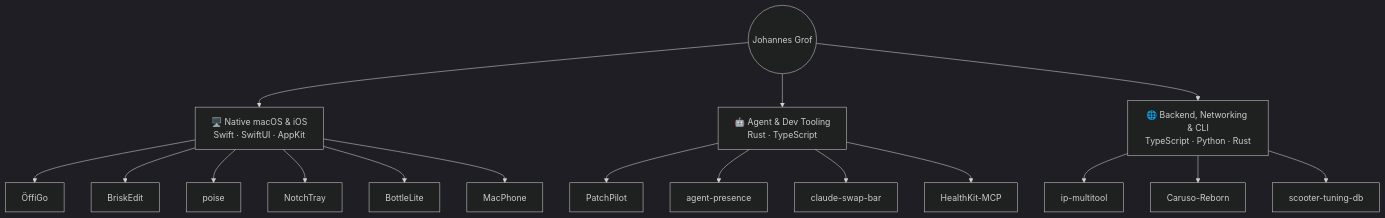
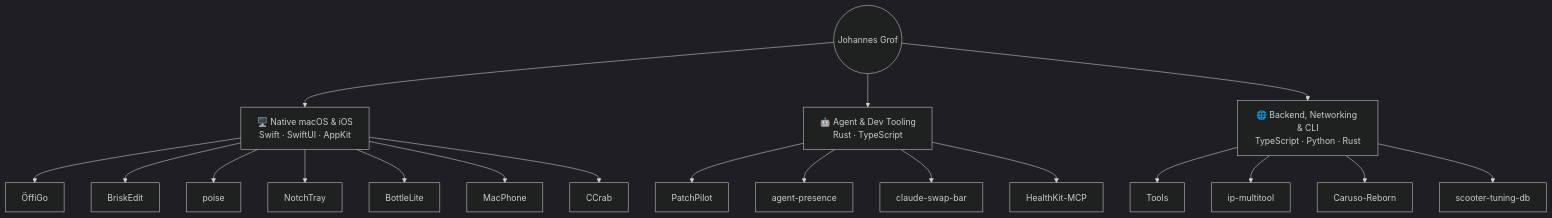
One commit to jx-grxf/jx-grxf changed the diagram in README.md. Above: the diagram before and after it, drawn with Mermaid (dark theme). The commit also changed other lines of this file, not shown here.

First line of the commit message:
docs(readme): add CCrab and Tools, drop dead archive link

````diff
--- a/README.md
+++ b/README.md
@@ -39,24 +39,26 @@
 ```mermaid
 graph TD
     ME(("Johannes Grof"))
 
     ME --> MAC["🖥️ Native macOS &amp; iOS<br/>Swift · SwiftUI · AppKit"]
     ME --> AGT["🤖 Agent &amp; Dev Tooling<br/>Rust · TypeScript"]
     ME --> NET["🌐 Backend, Networking &amp; CLI<br/>TypeScript · Python · Rust"]
 
     MAC --> OG["ÖffiGo"]
     MAC --> BE["BriskEdit"]
     MAC --> PO["poise"]
     MAC --> NT["NotchTray"]
     MAC --> BL["BottleLite"]
     MAC --> MP["MacPhone"]
+    MAC --> CC["CCrab"]
 
     AGT --> PP["PatchPilot"]
     AGT --> AP["agent-presence"]
     AGT --> CSB["claude-swap-bar"]
     AGT --> HK["HealthKit-MCP"]
 
+    NET --> TO["Tools"]
     NET --> IP["ip-multitool"]
     NET --> CR["Caruso-Reborn"]
     NET --> STD["scooter-tuning-db"]
 ```
````
